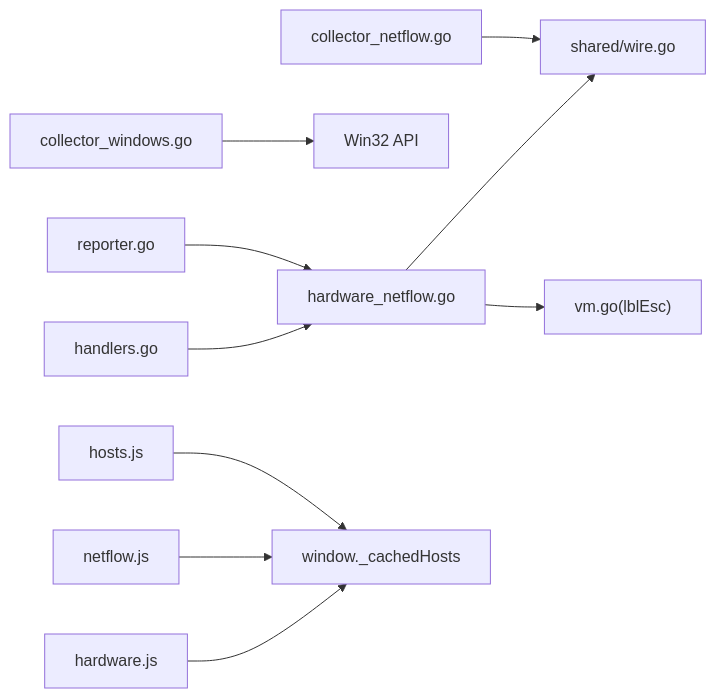
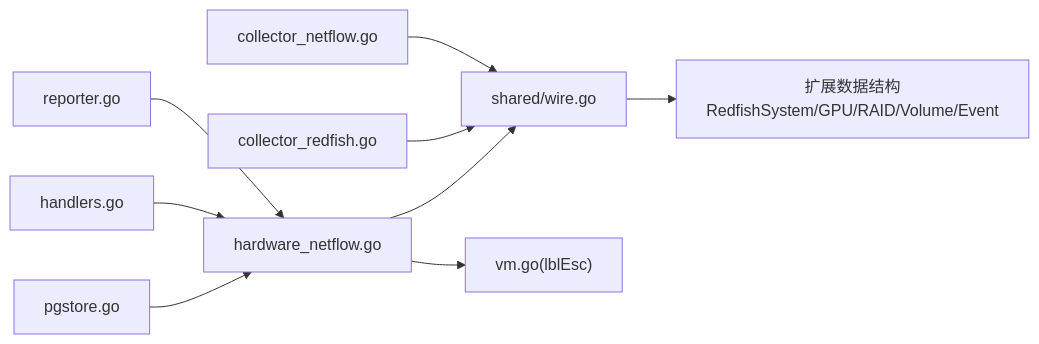
One commit to sreyun/aiops-monitor changed the sixth of 6 diagrams in .qoder/repowiki/zh/content/架构设计/Agent 客户端架构/NetFlow网络流量采集器.md. Above: the diagram before and after it, drawn with Mermaid. The commit also changed other lines of this file and 38 other files, not shown here.

````diff
--- a/.qoder/repowiki/zh/content/架构设计/Agent 客户端架构/NetFlow网络流量采集器.md
+++ b/.qoder/repowiki/zh/content/架构设计/Agent 客户端架构/NetFlow网络流量采集器.md
@@ -466,12 +422,11 @@
 ```mermaid
 graph LR
 CNF["collector_netflow.go"] --> SW["shared/wire.go"]
-CWIN["collector_windows.go"] --> WIN32["Win32 API"]
+CRF["collector_redfish.go"] --> SW
 REP["reporter.go"] --> HNF["hardware_netflow.go"]
 HNF --> SW
 HNF --> VM["vm.go(lblEsc)"]
 HND["handlers.go"] --> HNF
-HOSTS["hosts.js"] --> CACHE["window._cachedHosts"]
-NETFLOW["netflow.js"] --> CACHE
-HARDWARE["hardware.js"] --> CACHE
+PG["pgstore.go"] --> HNF
+SW --> EXT["扩展数据结构<br/>RedfishSystem/GPU/RAID/Volume/Event"]
 ```
````
